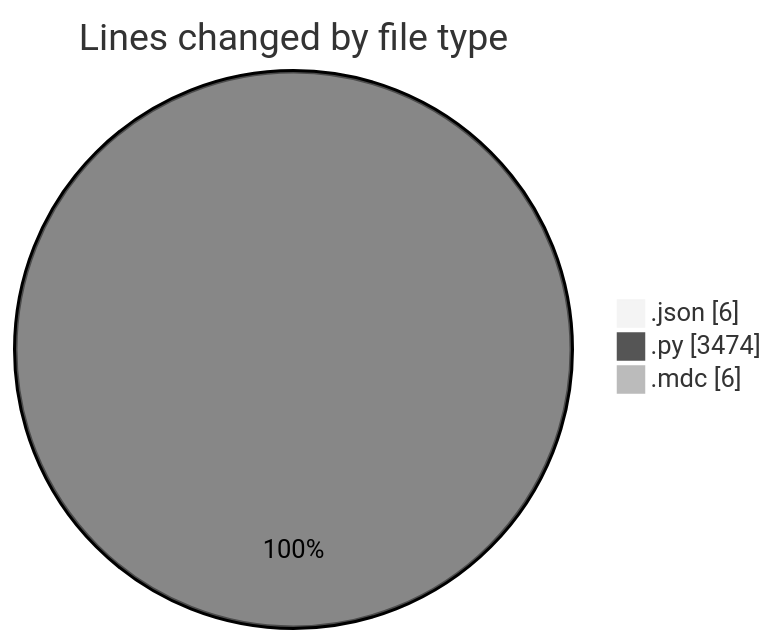
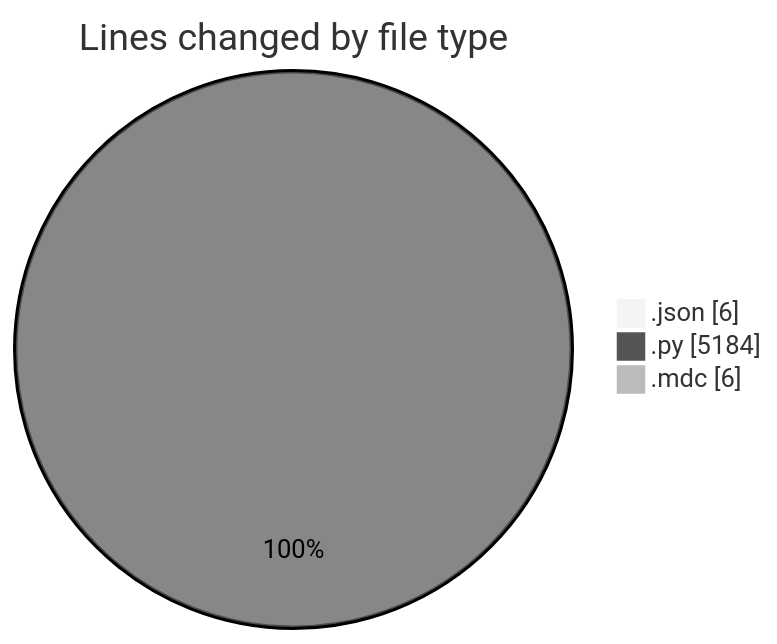
One commit to jrari/code-tracking changed the first of 2 diagrams in 2025-07-16/telebot/README.md. Above: the diagram before and after it, drawn with Mermaid (neutral theme). The commit also changed other lines of this file and 1 other file, not shown here.

````diff
--- a/2025-07-16/telebot/README.md
+++ b/2025-07-16/telebot/README.md
@@ -25,7 +25,7 @@
 ```mermaid
 pie showData
 title Lines changed by file type
 ".json" : 6
-".py" : 3474
+".py" : 5184
 ".mdc" : 6
 ```
````
